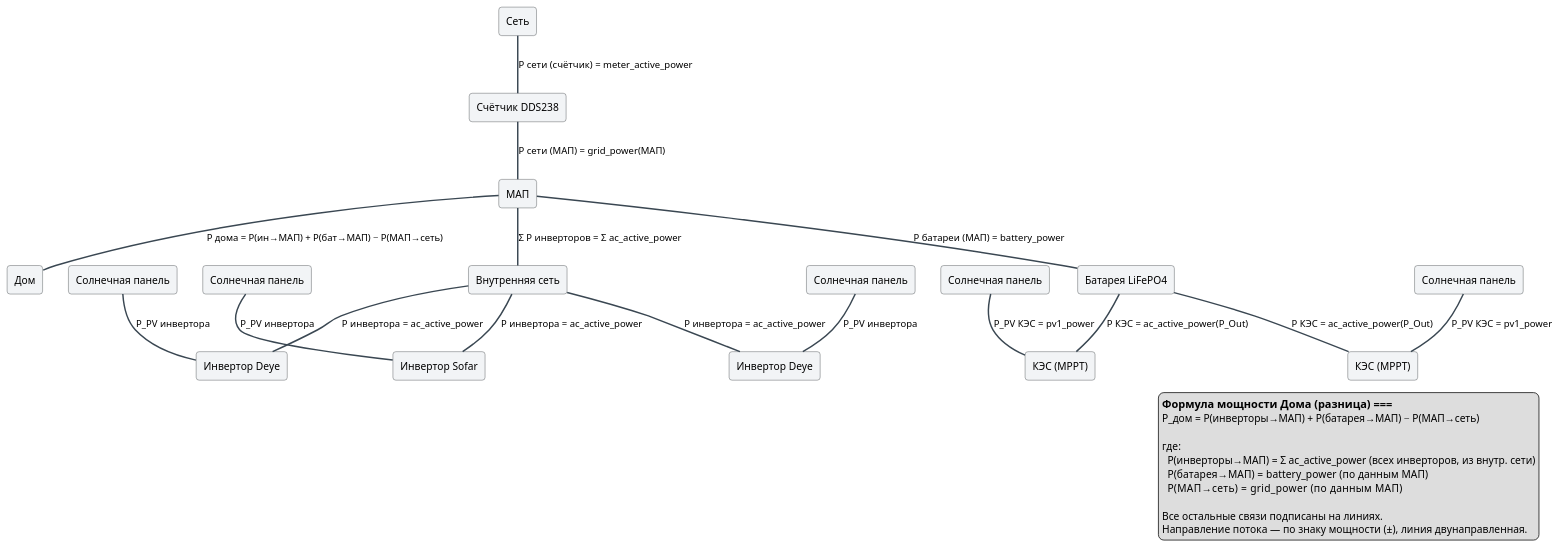
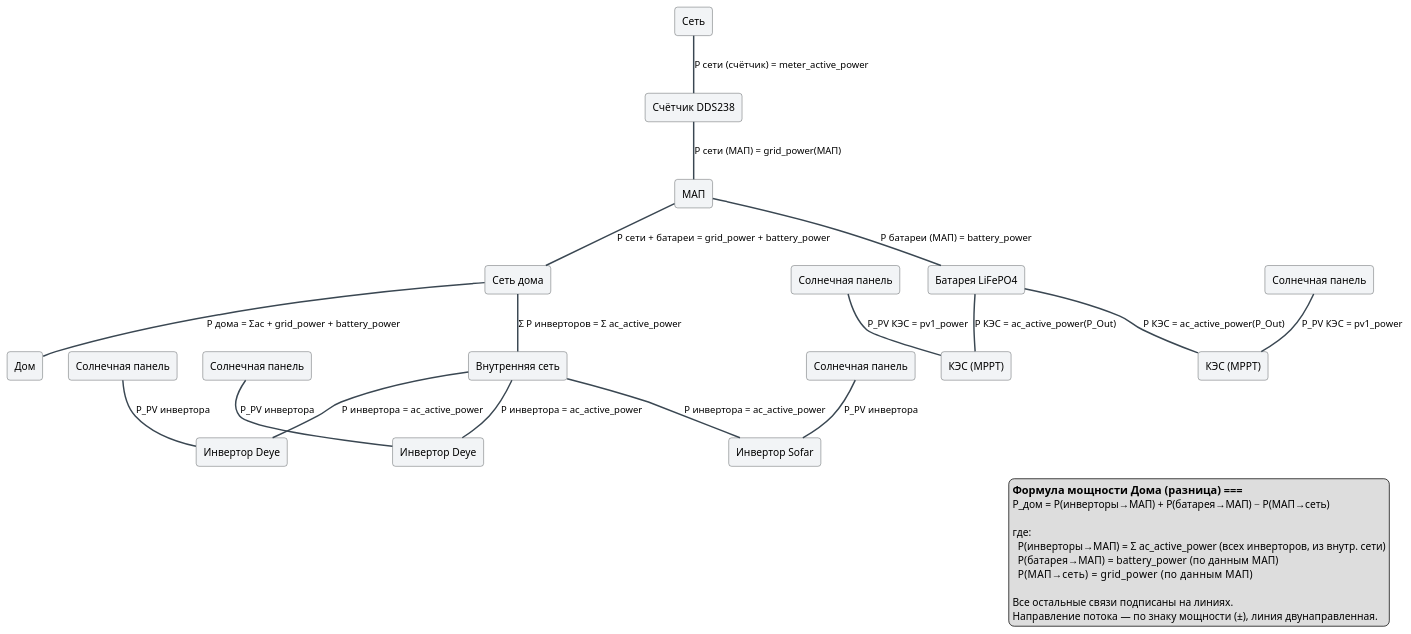
Before and after one commit to galiy/sunReceiver: the diagram in animation/schemes/scheme-house.puml, drawn with PlantUML. The commit also changed 4 other files, not shown here.

Commit message:
Анимация: узлы «Сеть дома»/«Сеть гаража» (кружки-соединители) и перекомпоновка схем

```diff
--- a/animation/schemes/scheme-house.puml
+++ b/animation/schemes/scheme-house.puml
@@ -1,80 +1,83 @@
 @startuml
 '
-' Общая схема №1: Сеть → Счётчик → МАП → «Внутренняя сеть» → инверторы;
-' Дом подключён напрямую к МАП (не к внутренней сети).
+' Общая схема №1: Сеть → Счётчик → МАП → «Сеть дома» → Дом;
+' «Сеть дома» — соединитель: МАП, «Внутренняя сеть» (шина инверторов) и Дом.
 ' Ветви вниз:
-'   - «Внутренняя сеть» соединяет МАП и все инверторы (в доме),
+'   - «Внутренняя сеть» соединяет «Сеть дома» и все инверторы (в доме),
 '     к каждому инвертору — солнечная панель;
 '   - под МАП — батарея, к батарее — все КЭС, к каждому КЭС — панель.
 '
 ' Связи — ЛИНИИ (не стрелки): мощность может идти в обе стороны.
 ' Каждая связь = анимированная линия с бегущим током и подписью мощности (1/с).
 '
 top to bottom direction
 
 skinparam rectangle {
   BackgroundColor #f2f4f6
   BorderColor #2c2f33
   RoundCorner 8
 }
 skinparam arrow {
   Color #3a4752
   Thickness 2
 }
 skinparam shadowing false
 
 rectangle "Сеть" as grid
 rectangle "Счётчик DDS238" as meter
 rectangle "МАП" as map
 rectangle "Дом" as house
 
 grid -- meter : "P сети (счётчик) = meter_active_power"
 meter -- map : "P сети (МАП) = grid_power(МАП)"
 
-' Дом ↔ МАП: формула-разница (см. legend)
-map -- house : "P дома = P(ин→МАП) + P(бат→МАП) − P(МАП→сеть)"
+' «Сеть дома» — узел-соединитель справа от МАП: МАП, шина инверторов, Дом.
+' В анимации изображается кружком той же толщины, что дорожки тока.
+rectangle "Сеть дома" as house_net
+map -- house_net : "P сети + батареи = grid_power + battery_power"
+house_net -- house : "P дома = Σac + grid_power + battery_power"
 
 rectangle "Внутренняя сеть" as inner
-map -- inner : "Σ P инверторов = Σ ac_active_power"
+house_net -- inner : "Σ P инверторов = Σ ac_active_power"
 
 rectangle "Инвертор Deye" as inv1
 rectangle "Инвертор Sofar" as inv2
 rectangle "Инвертор Deye" as inv3
 
 rectangle "Солнечная панель" as pv1
 rectangle "Солнечная панель" as pv2
 rectangle "Солнечная панель" as pv3
 
 inner -- inv1 : "P инвертора = ac_active_power"
 inner -- inv2 : "P инвертора = ac_active_power"
 inner -- inv3 : "P инвертора = ac_active_power"
 pv1 -- inv1 : "P_PV инвертора"
 pv2 -- inv2 : "P_PV инвертора"
 pv3 -- inv3 : "P_PV инвертора"
 
 rectangle "Батарея LiFePO4" as batt
 rectangle "КЭС (MPPT)" as kes1
 rectangle "КЭС (MPPT)" as kes2
 rectangle "Солнечная панель" as kpv1
 rectangle "Солнечная панель" as kpv2
 
 map -- batt : "P батареи (МАП) = battery_power"
 batt -- kes1 : "P КЭС = ac_active_power(P_Out)"
 batt -- kes2 : "P КЭС = ac_active_power(P_Out)"
 kpv1 -- kes1 : "P_PV КЭС = pv1_power"
 kpv2 -- kes2 : "P_PV КЭС = pv1_power"
 
 legend right
   === Формула мощности Дома (разница) ===
   P_дом = P(инверторы→МАП) + P(батарея→МАП) − P(МАП→сеть)
 
   где:
     P(инверторы→МАП) = Σ ac_active_power (всех инверторов, из внутр. сети)
     P(батарея→МАП)   = battery_power (по данным МАП)
     P(МАП→сеть)      = grid_power (по данным МАП)
 
   Все остальные связи подписаны на линиях.
   Направление потока — по знаку мощности (±), линия двунаправленная.
 endlegend
 
 @enduml
```
